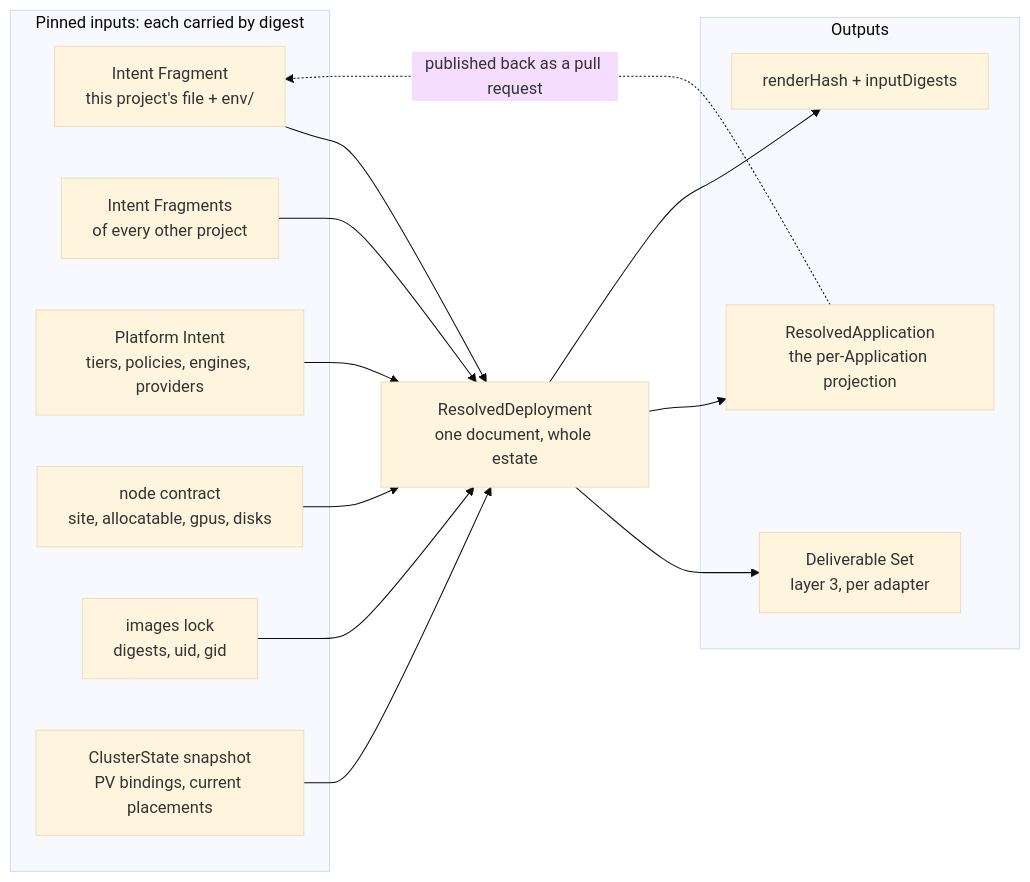
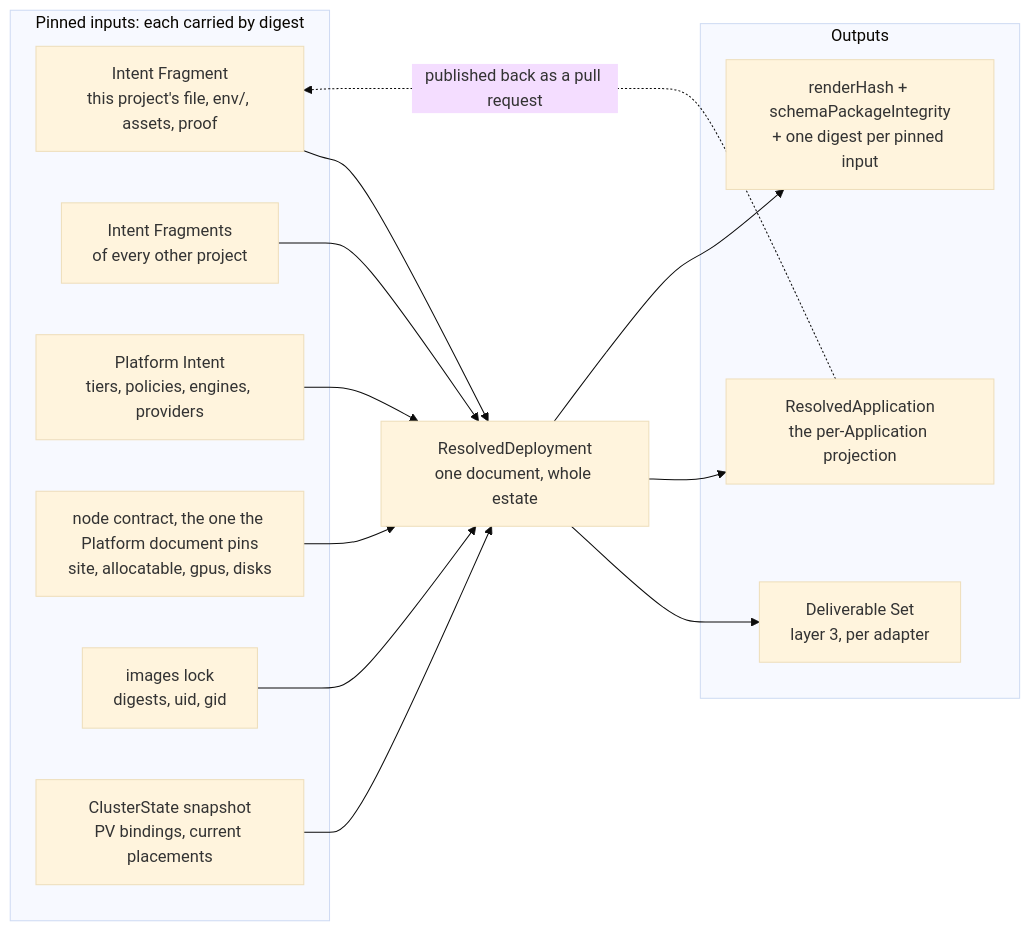
One commit to JorisJonkers-dev/deploy-kit changed the second of 3 diagrams in spec/v1/20-resolved-deployment.md. Above: the diagram before and after it, drawn with Mermaid (base theme). The commit also changed 1 other file, not shown here.

Commit message:
docs(spec): name every pinned input the Resolved Deployment records, and re-export its io diagram with a clean embedded drawing

````diff
--- a/spec/v1/20-resolved-deployment.md
+++ b/spec/v1/20-resolved-deployment.md
@@ -2384,30 +2384,30 @@
 ```mermaid
 flowchart LR
     subgraph IN["Pinned inputs: each carried by digest"]
-        i1["Intent Fragment<br/>this project's file + env/"]
+        i1["Intent Fragment<br/>this project's file, env/, assets, proof"]
         i2["Intent Fragments<br/>of every other project"]
         i3["Platform Intent<br/>tiers, policies, engines, providers"]
-        i4["node contract<br/>site, allocatable, gpus, disks"]
+        i4["node contract, the one the Platform document pins<br/>site, allocatable, gpus, disks"]
         i5["images lock<br/>digests, uid, gid"]
         i6["ClusterState snapshot<br/>PV bindings, current placements"]
     end
 
     RD["ResolvedDeployment<br/>one document, whole estate"]
 
     subgraph OUT["Outputs"]
         o1["Deliverable Set<br/>layer 3, per adapter"]
         o2["ResolvedApplication<br/>the per-Application projection"]
-        o3["renderHash + inputDigests"]
+        o3["renderHash + schemaPackageIntegrity<br/>+ one digest per pinned input"]
     end
 
     i1 --> RD
     i2 --> RD
     i3 --> RD
     i4 --> RD
     i5 --> RD
     i6 --> RD
     RD --> o1
     RD --> o2
     RD --> o3
     o2 -.->|"published back as a pull request"| i1
 ```
````
